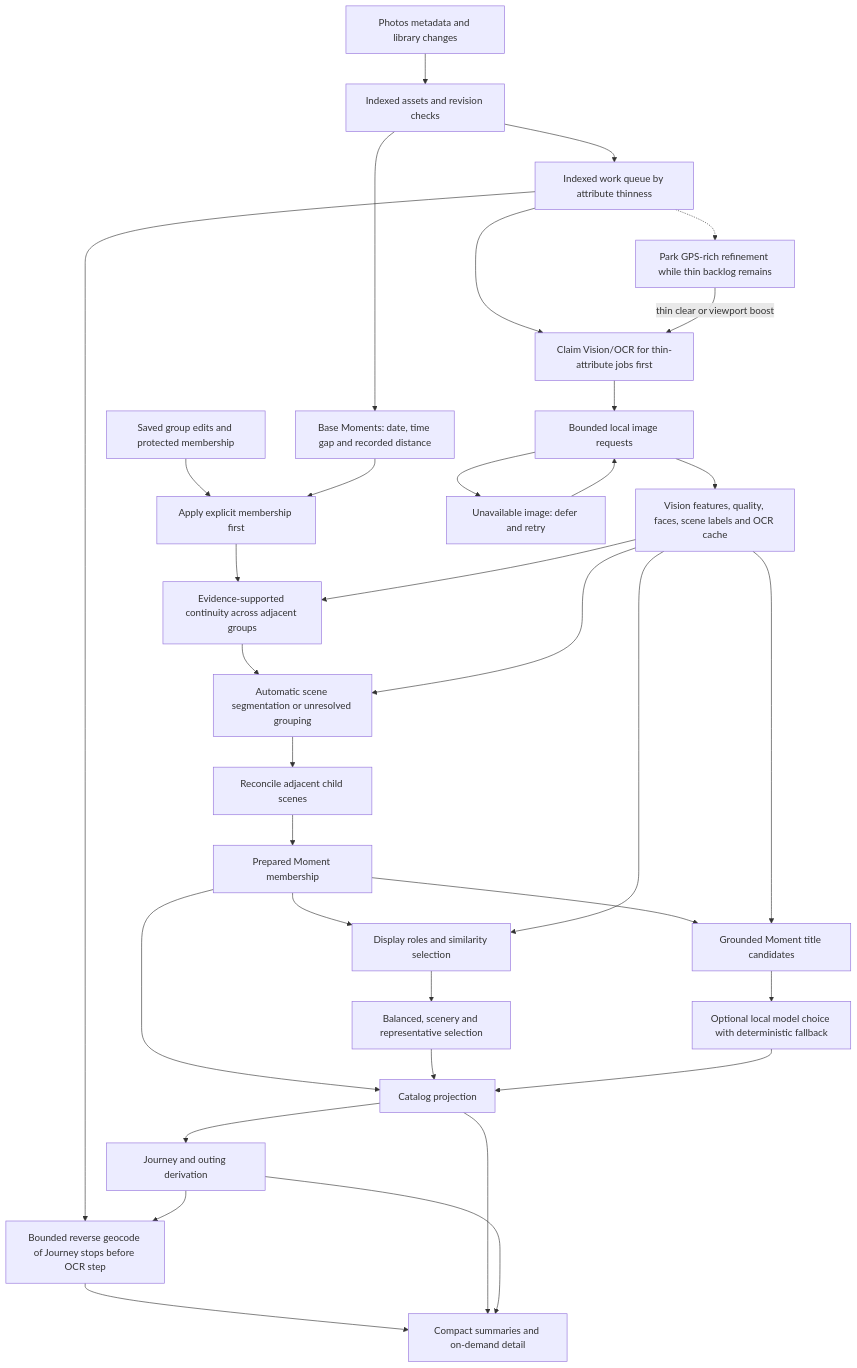
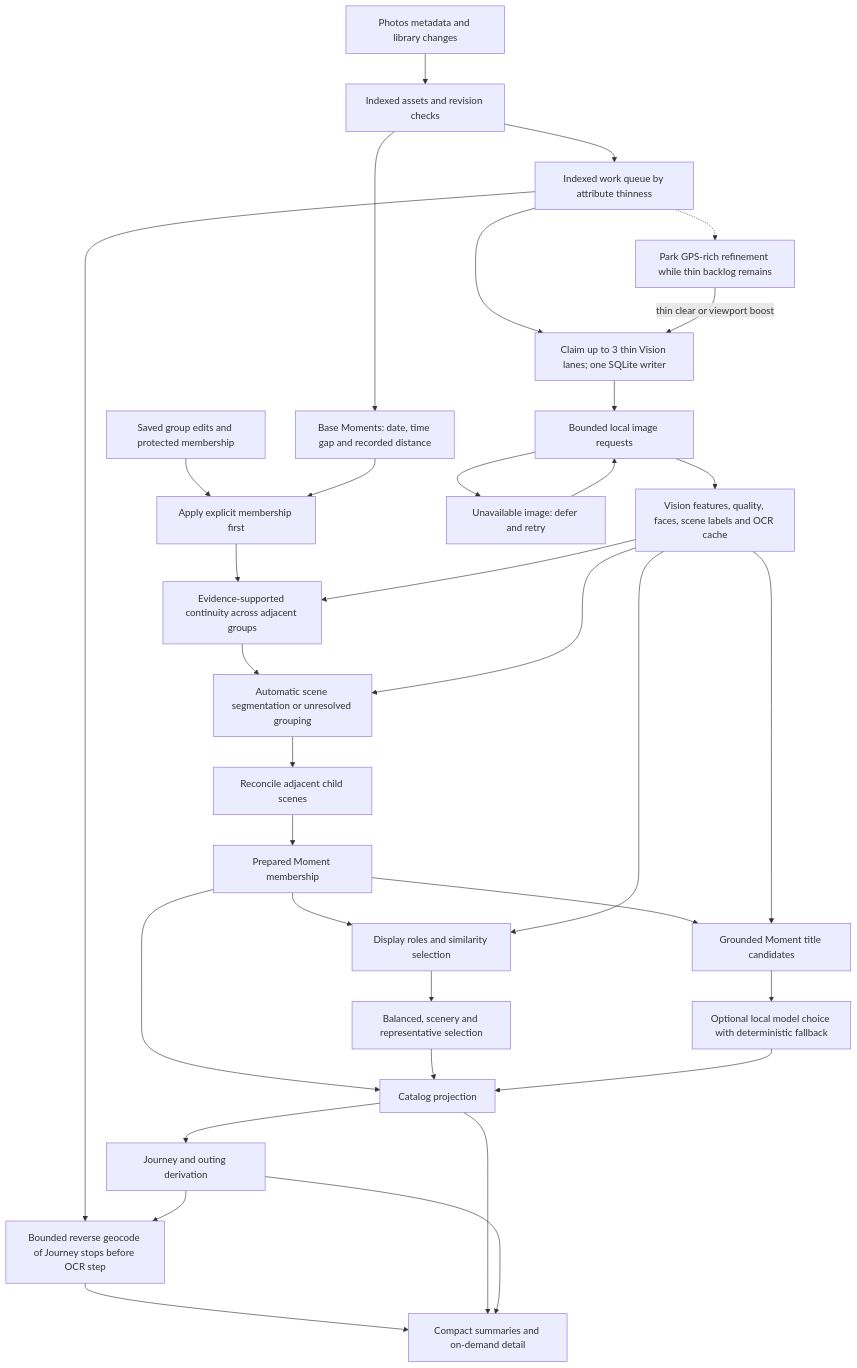
Before and after one commit to rostyslav-khomyk/photo-curator: the second of 5 diagrams in Docs/CURATION_ALGORITHM.md, drawn with Mermaid. The commit also changed other lines of this file and 37 other files, not shown here.

````diff
--- a/Docs/CURATION_ALGORITHM.md
+++ b/Docs/CURATION_ALGORITHM.md
@@ -57,36 +66,36 @@
 ```mermaid
 flowchart TD
     A[Photos metadata and library changes] --> B[Indexed assets and revision checks]
     B --> C[Base Moments: date, time gap and recorded distance]
     U[Saved group edits and protected membership] --> D[Apply explicit membership first]
     C --> D
     B --> EQ[Indexed work queue by attribute thinness]
-    EQ --> Thin[Claim Vision/OCR for thin-attribute jobs first]
+    EQ --> Thin[Claim up to 3 thin Vision lanes; one SQLite writer]
     EQ -.-> Park[Park GPS-rich refinement while thin backlog remains]
     Park -->|thin clear or viewport boost| Thin
     Thin --> E[Bounded local image requests]
     E --> F[Vision features, quality, faces, scene labels and OCR cache]
     E --> R[Unavailable image: defer and retry]
     R --> E
     EQ --> S2[Bounded reverse geocode of Journey stops before OCR step]
     S2 --> UI
     D --> G[Evidence-supported continuity across adjacent groups]
     F --> G
     G --> I[Automatic scene segmentation or unresolved grouping]
     F --> I
     I --> J[Reconcile adjacent child scenes]
     J --> K[Prepared Moment membership]
     K --> L[Display roles and similarity selection]
     F --> L
     L --> N[Balanced, scenery and representative selection]
     K --> T[Grounded Moment title candidates]
     F --> T
     T --> V[Optional local model choice with deterministic fallback]
     K --> Q[Catalog projection]
     N --> Q
     V --> Q
     Q --> S[Journey and outing derivation]
     Q --> UI[Compact summaries and on-demand detail]
     S --> UI
     S --> S2
 ```
````
